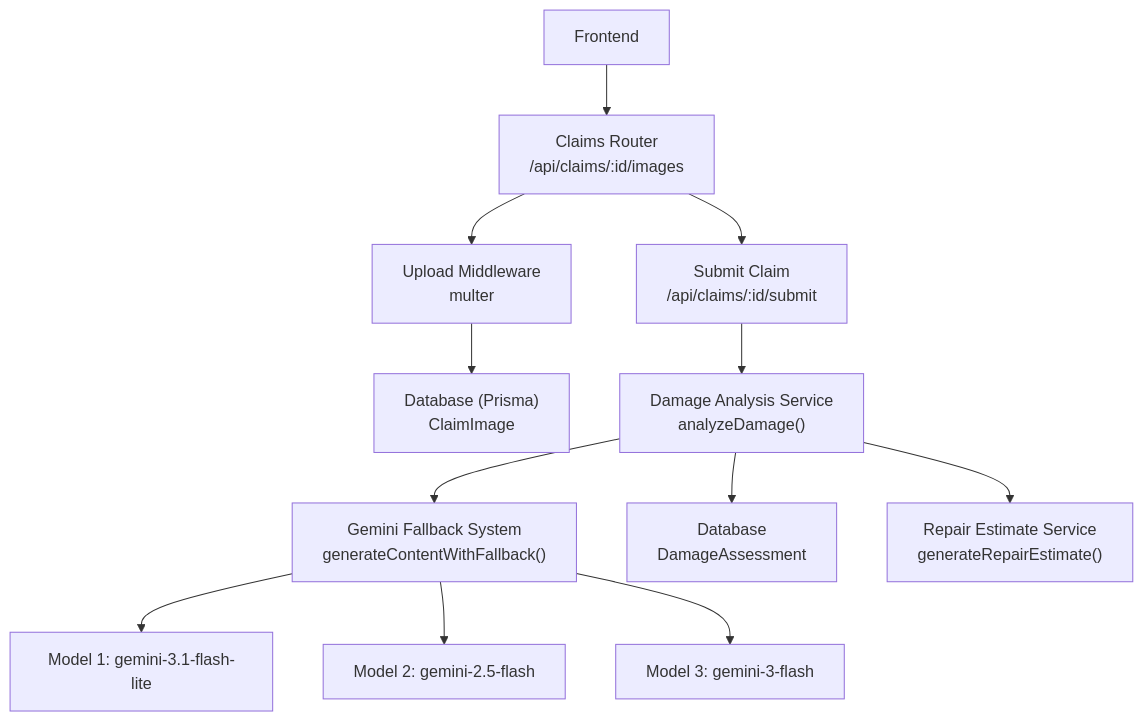
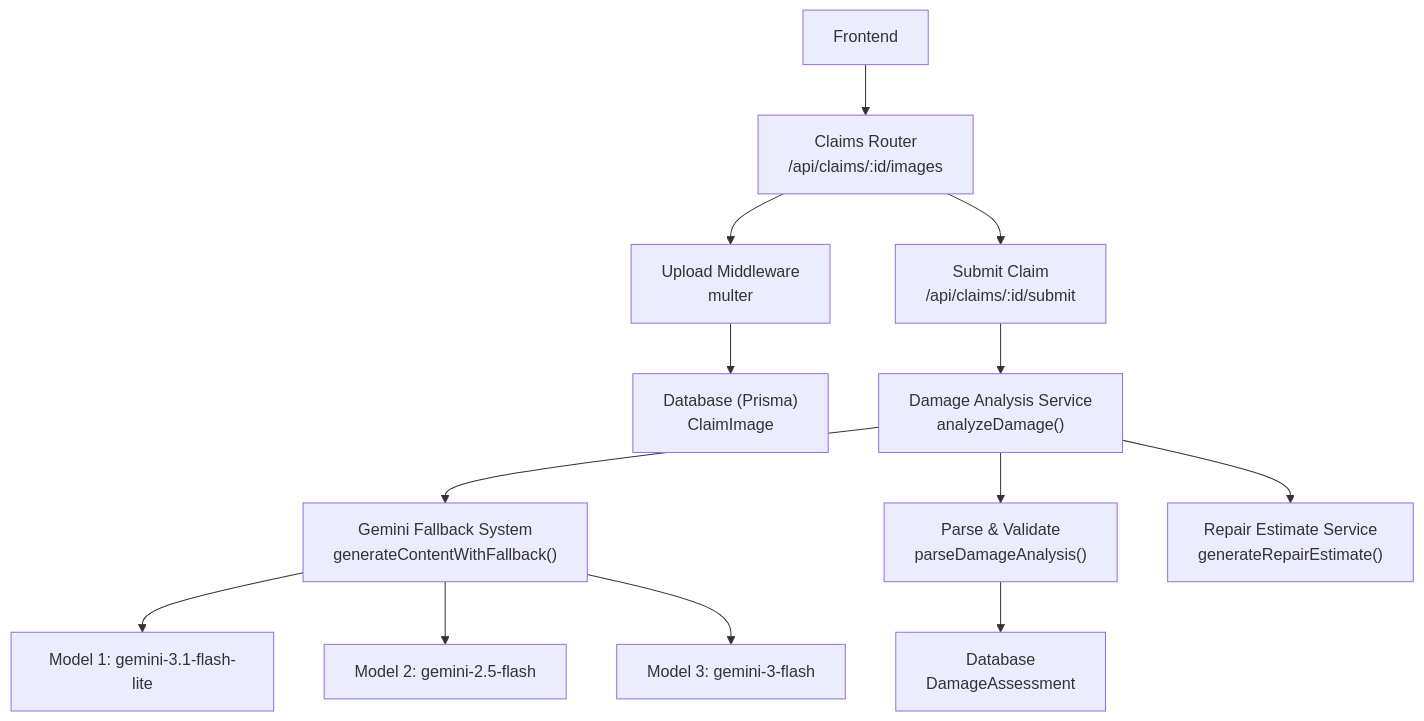
The first of 3 diagrams in .qoder/repowiki/en/content/AI Services Integration/Damage Analysis Service.md (NaveenHiranya/Smart-Vehicle-Insurance-Claim-System), drawn with Mermaid before and after one commit. The commit also changed other lines of this file and 33 other files, not shown here.

````diff
--- a/.qoder/repowiki/en/content/AI Services Integration/Damage Analysis Service.md
+++ b/.qoder/repowiki/en/content/AI Services Integration/Damage Analysis Service.md
@@ -44,14 +46,15 @@
 ```mermaid
 graph TB
 FE["Frontend"] --> R["Claims Router<br/>/api/claims/:id/images"]
 R --> U["Upload Middleware<br/>multer"]
 U --> DB["Database (Prisma)<br/>ClaimImage"]
 R --> S["Submit Claim<br/>/api/claims/:id/submit"]
 S --> A["Damage Analysis Service<br/>analyzeDamage()"]
 A --> G["Gemini Fallback System<br/>generateContentWithFallback()"]
 G --> M1["Model 1: gemini-3.1-flash-lite"]
 G --> M2["Model 2: gemini-2.5-flash"]
 G --> M3["Model 3: gemini-3-flash"]
-A --> DB2["Database<br/>DamageAssessment"]
+A --> P["Parse & Validate<br/>parseDamageAnalysis()"]
+P --> DB2["Database<br/>DamageAssessment"]
 A --> E["Repair Estimate Service<br/>generateRepairEstimate()"]
 ```
````
